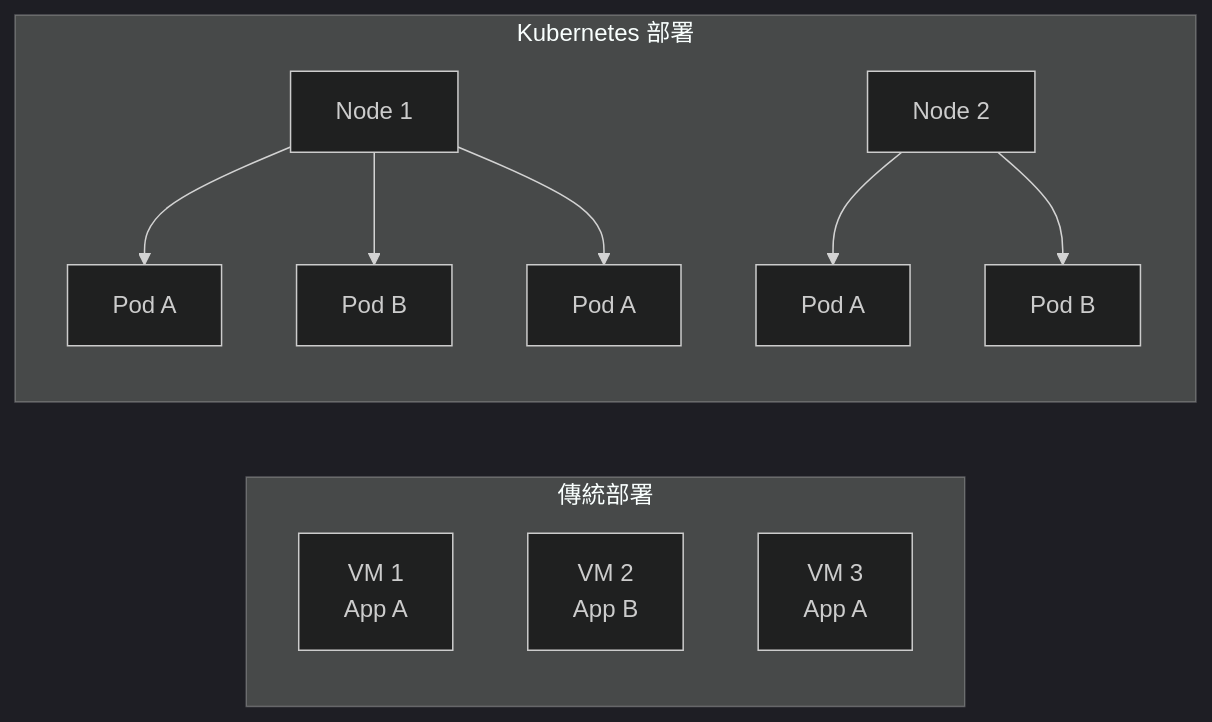
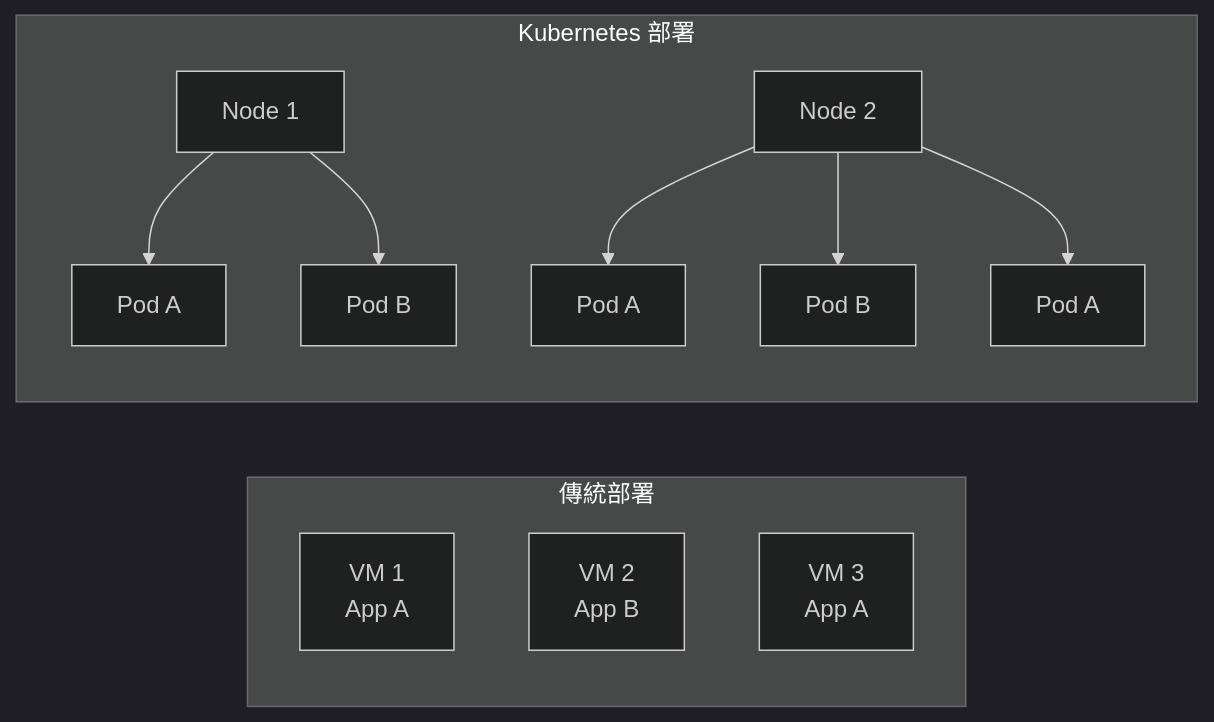
One commit to chihhung/Blog changed the fourth of 31 diagrams in content/posts/教學/工具/Kubernetes教學手冊.md. Above: the diagram before and after it, drawn with Mermaid (dark theme). The commit also changed other lines of this file and 8 other files, not shown here.

````diff
--- a/content/posts/教學/工具/Kubernetes教學手冊.md
+++ b/content/posts/教學/工具/Kubernetes教學手冊.md
@@ -398,18 +712,16 @@
 ```mermaid
 flowchart LR
-    subgraph Traditional["傳統部署"]
-        VM1[VM 1<br>App A]
-        VM2[VM 2<br>App B]
-        VM3[VM 3<br>App A]
+    subgraph T["傳統部署"]
+        VM1["VM 1<br/>App A"]
+        VM2["VM 2<br/>App B"]
+        VM3["VM 3<br/>App A"]
     end
-    
-    subgraph K8s["Kubernetes 部署"]
-        N1[Node 1]
-        N2[Node 2]
-        N1 --> P1[Pod A]
-        N1 --> P2[Pod B]
-        N1 --> P3[Pod A]
-        N2 --> P4[Pod A]
-        N2 --> P5[Pod B]
+
+    subgraph K["Kubernetes 部署"]
+        N1["Node 1"] --> PA1["Pod A"]
+        N1 --> PB1["Pod B"]
+        N2["Node 2"] --> PA2["Pod A"]
+        N2 --> PB2["Pod B"]
+        N2 --> PA3["Pod A"]
     end
 ```
````
